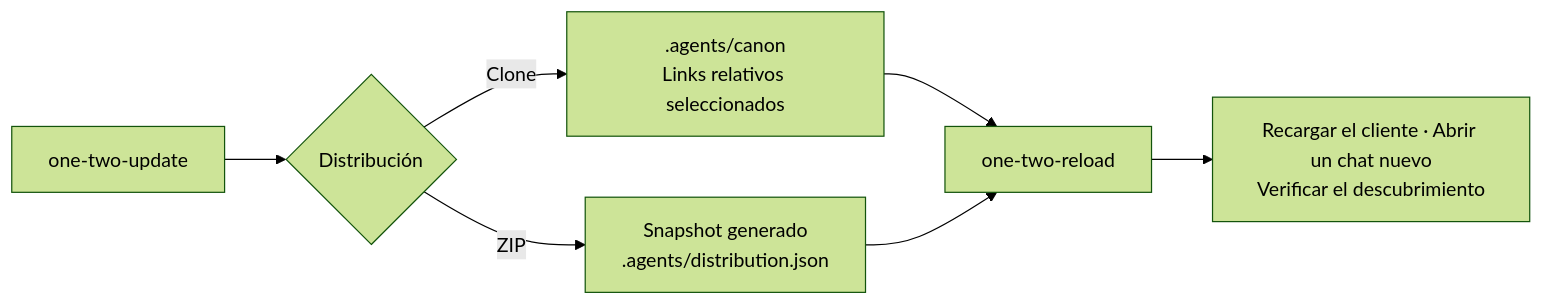
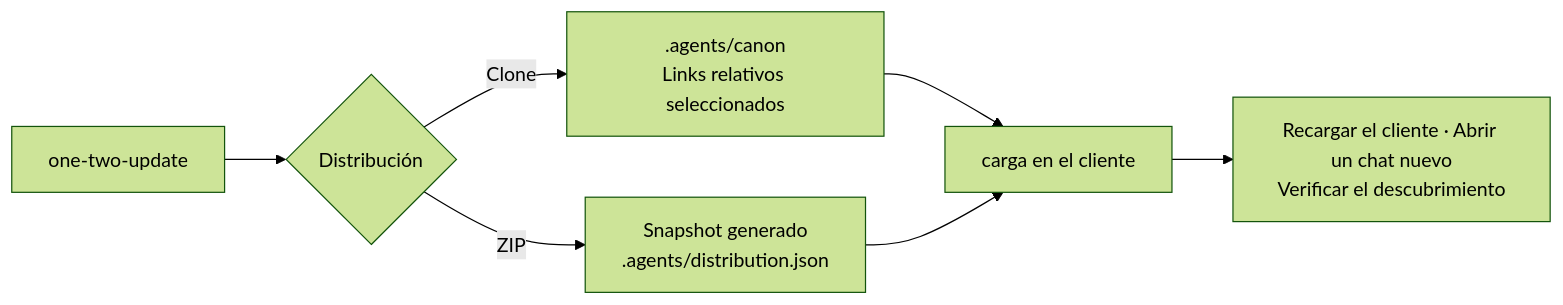
One commit to cangrejometralleta/OneTwoThree changed the third of 4 diagrams in README.es.md. Above: the diagram before and after it, drawn with Mermaid (forest theme). The commit also changed other lines of this file and 16 other files, not shown here.

````diff
--- a/README.es.md
+++ b/README.es.md
@@ -289,9 +288,9 @@
 ```mermaid
 flowchart LR
     UPDATE["one-two-update"] --> FORMAT{"Distribución"}
     FORMAT -- "Clone" --> CLONE[".agents/canon<br/>Links relativos seleccionados"]
     FORMAT -- "ZIP" --> ZIP["Snapshot generado<br/>.agents/distribution.json"]
-    CLONE --> RELOAD["one-two-reload"]
+    CLONE --> RELOAD["carga en el cliente"]
     ZIP --> RELOAD
     RELOAD --> VERIFY["Recargar el cliente · Abrir un chat nuevo<br/>Verificar el descubrimiento"]
 ```
````
